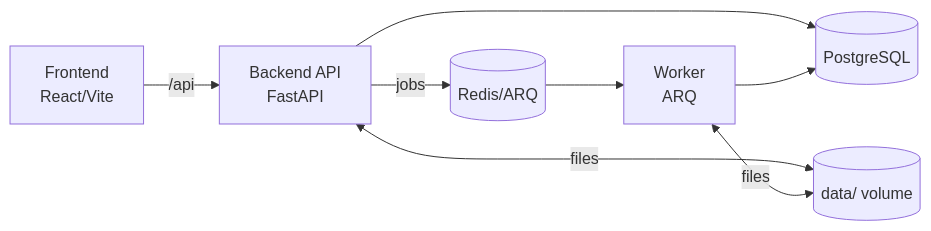
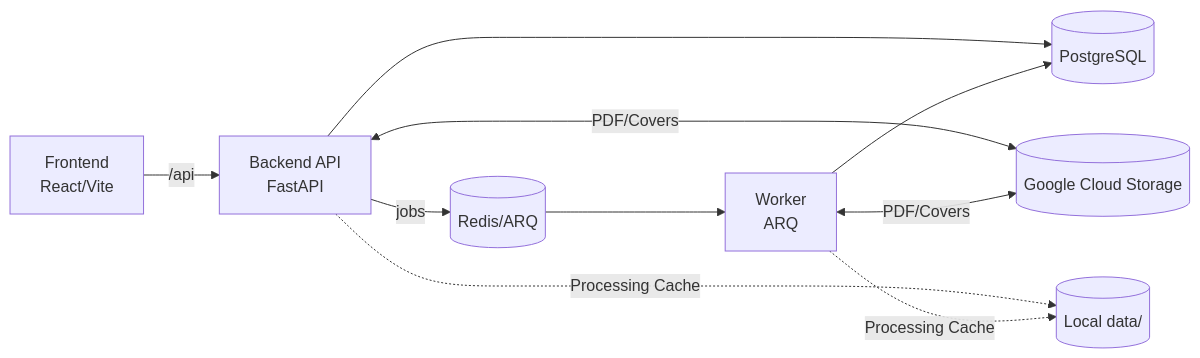
Before and after one commit to Kitabim-AI/kitabim-ai: the diagram in README.md, drawn with Mermaid. The commit also changed other lines of this file and 18 other files, not shown here.

Commit message:
migrated storage solution to GCS

````diff
--- a/README.md
+++ b/README.md
@@ -43,10 +43,12 @@
 ```mermaid
 flowchart LR
   FE[Frontend<br/>React/Vite] -->|/api| BE[Backend API<br/>FastAPI]
   BE -->|jobs| RQ[(Redis/ARQ)]
   RQ --> WK[Worker<br/>ARQ]
   BE --> DB[(PostgreSQL)]
   WK --> DB
-  BE <-->|files| DATA[(data/ volume)]
-  WK <-->|files| DATA
+  BE <-->|PDF/Covers| GCS[(Google Cloud Storage)]
+  WK <-->|PDF/Covers| GCS
+  BE -.->|Processing Cache| DATA[(Local data/)]
+  WK -.->|Processing Cache| DATA
 ```
````
